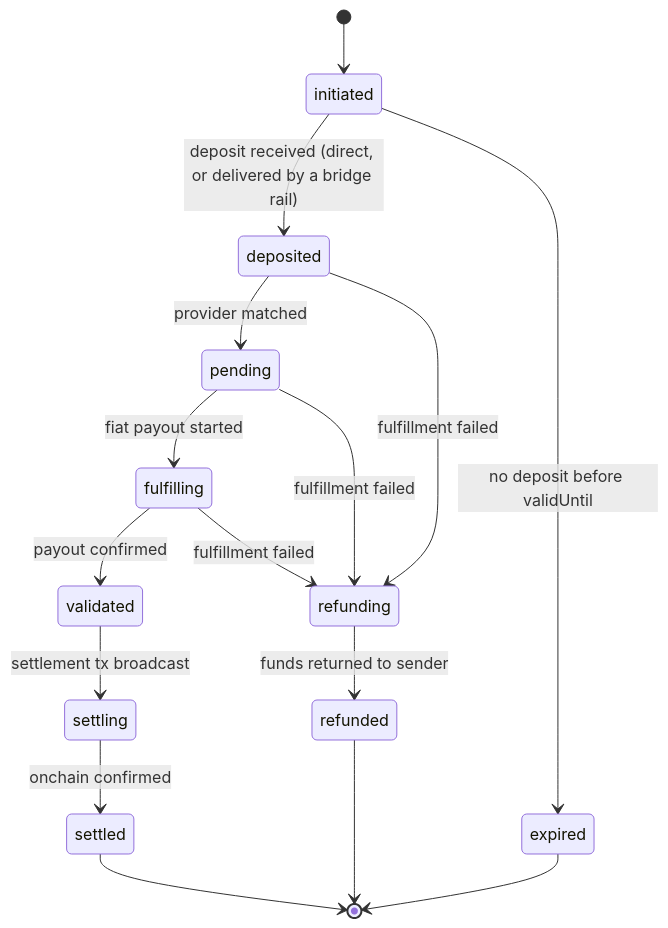
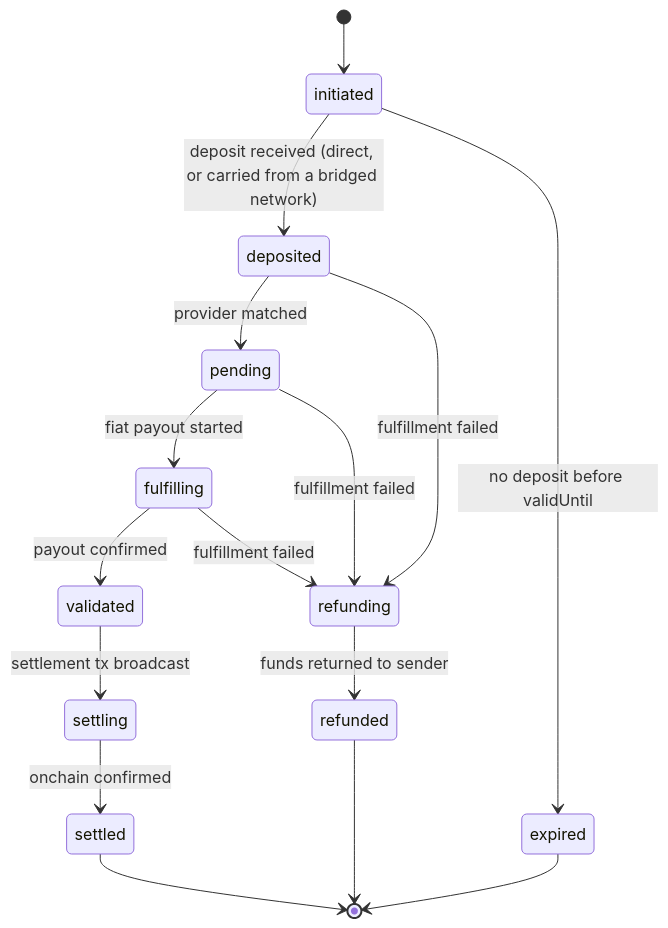
Before and after one commit to paycrest/docs: the first of 2 diagrams in concepts/transaction-lifecycle.mdx, drawn with Mermaid. The commit also changed other lines of this file and 10 other files, not shown here.

````diff
--- a/concepts/transaction-lifecycle.mdx
+++ b/concepts/transaction-lifecycle.mdx
@@ -10,18 +10,18 @@
 ```mermaid
 stateDiagram-v2
     [*] --> initiated
-    initiated --> deposited: deposit received (direct, or delivered by a bridge rail)
+    initiated --> deposited: deposit received (direct, or carried from a bridged network)
     initiated --> expired: no deposit before validUntil
     deposited --> pending: provider matched
     pending --> fulfilling: fiat payout started
     fulfilling --> validated: payout confirmed
     validated --> settling: settlement tx broadcast
     settling --> settled: onchain confirmed
     deposited --> refunding: fulfillment failed
     pending --> refunding: fulfillment failed
     fulfilling --> refunding: fulfillment failed
     refunding --> refunded: funds returned to sender
     expired --> [*]
     settled --> [*]
     refunded --> [*]
 ```
````
